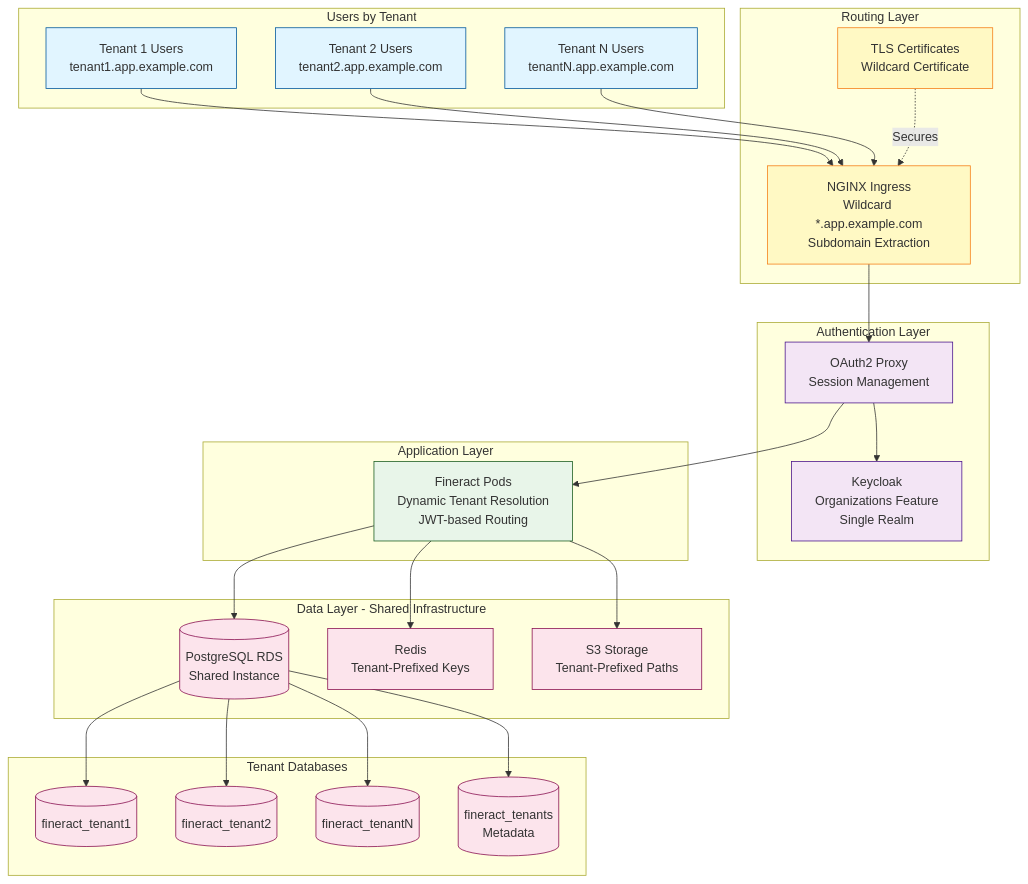
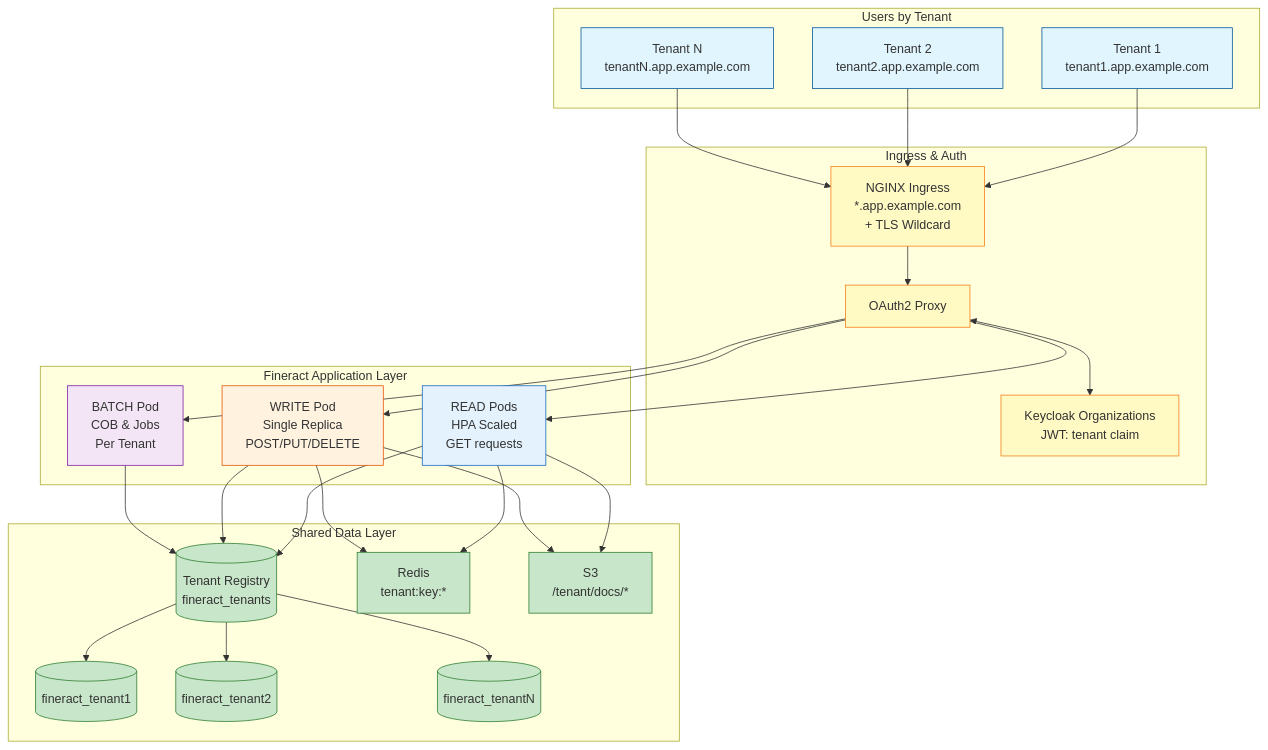
Before and after one commit to ADORSYS-GIS/fineract-gitops: the second of 8 diagrams in docs/multi-tenant/EXECUTIVE_SUMMARY.md, drawn with Mermaid. The commit also changed other lines of this file and 2 other files, not shown here.

Commit message:
architecture html print

````diff
--- a/docs/multi-tenant/EXECUTIVE_SUMMARY.md
+++ b/docs/multi-tenant/EXECUTIVE_SUMMARY.md
@@ -49,65 +87,52 @@
 ```mermaid
 graph TB
     subgraph "Users by Tenant"
-        U1[Tenant 1 Users<br/>tenant1.app.example.com]
-        U2[Tenant 2 Users<br/>tenant2.app.example.com]
-        U3[Tenant N Users<br/>tenantN.app.example.com]
+        U1[Tenant 1<br/>tenant1.app.example.com]
+        U2[Tenant 2<br/>tenant2.app.example.com]
+        UN[Tenant N<br/>tenantN.app.example.com]
     end
 
-    subgraph "Routing Layer"
-        NGINX[NGINX Ingress<br/>Wildcard *.app.example.com<br/>Subdomain Extraction]
-        CERT[TLS Certificates<br/>Wildcard Certificate]
+    subgraph "Ingress & Auth"
+        NGINX[NGINX Ingress<br/>*.app.example.com<br/>+ TLS Wildcard]
+        OAUTH[OAuth2 Proxy]
+        KC[Keycloak Organizations<br/>JWT: tenant claim]
     end
 
-    subgraph "Authentication Layer"
-        OAUTH[OAuth2 Proxy<br/>Session Management]
-        KC[Keycloak<br/>Organizations Feature<br/>Single Realm]
+    subgraph "Fineract Application Layer"
+        FR_READ[READ Pods<br/>HPA Scaled<br/>GET requests]
+        FR_WRITE[WRITE Pod<br/>Single Replica<br/>POST/PUT/DELETE]
+        FR_BATCH[BATCH Pod<br/>COB & Jobs<br/>Per Tenant]
     end
 
-    subgraph "Application Layer"
-        FR[Fineract Pods<br/>Dynamic Tenant Resolution<br/>JWT-based Routing]
-    end
-
-    subgraph "Data Layer - Shared Infrastructure"
-        RDS[(PostgreSQL RDS<br/>Shared Instance)]
-        REDIS[Redis<br/>Tenant-Prefixed Keys]
-        S3[S3 Storage<br/>Tenant-Prefixed Paths]
-    end
-
-    subgraph "Tenant Databases"
+    subgraph "Shared Data Layer"
+        DBMETA[(Tenant Registry<br/>fineract_tenants)]
         DB1[(fineract_tenant1)]
         DB2[(fineract_tenant2)]
         DBN[(fineract_tenantN)]
-        DBMETA[(fineract_tenants<br/>Metadata)]
+        REDIS[Redis<br/>tenant:key:*]
+        S3[S3<br/>/tenant/docs/*]
     end
 
-    U1 --> NGINX
-    U2 --> NGINX
-    U3 --> NGINX
-    CERT -.->|Secures| NGINX
+    U1 & U2 & UN --> NGINX
+    NGINX --> OAUTH
+    OAUTH <--> KC
+    OAUTH --> FR_READ & FR_WRITE & FR_BATCH
 
-    NGINX --> OAUTH
-    OAUTH --> KC
-    OAUTH --> FR
-
-    FR --> RDS
-    FR --> REDIS
-    FR --> S3
-
-    RDS --> DBMETA
-    RDS --> DB1
-    RDS --> DB2
-    RDS --> DBN
+    FR_READ & FR_WRITE & FR_BATCH --> DBMETA
+    DBMETA --> DB1 & DB2 & DBN
+    FR_READ & FR_WRITE --> REDIS & S3
 
     classDef userLayer fill:#e1f5ff,stroke:#01579b
-    classDef routingLayer fill:#fff9c4,stroke:#f57f17
-    classDef authLayer fill:#f3e5f5,stroke:#4a148c
-    classDef appLayer fill:#e8f5e9,stroke:#1b5e20
-    classDef dataLayer fill:#fce4ec,stroke:#880e4f
+    classDef ingressLayer fill:#fff9c4,stroke:#f57f17
+    classDef readPod fill:#e3f2fd,stroke:#1565c0
+    classDef writePod fill:#fff3e0,stroke:#e65100
+    classDef batchPod fill:#f3e5f5,stroke:#7b1fa2
+    classDef dataLayer fill:#c8e6c9,stroke:#2e7d32
 
-    class U1,U2,U3 userLayer
-    class NGINX,CERT routingLayer
-    class OAUTH,KC authLayer
-    class FR appLayer
-    class RDS,REDIS,S3,DB1,DB2,DBN,DBMETA dataLayer
+    class U1,U2,UN userLayer
+    class NGINX,OAUTH,KC ingressLayer
+    class FR_READ readPod
+    class FR_WRITE writePod
+    class FR_BATCH batchPod
+    class DBMETA,DB1,DB2,DBN,REDIS,S3 dataLayer
 ```
````
